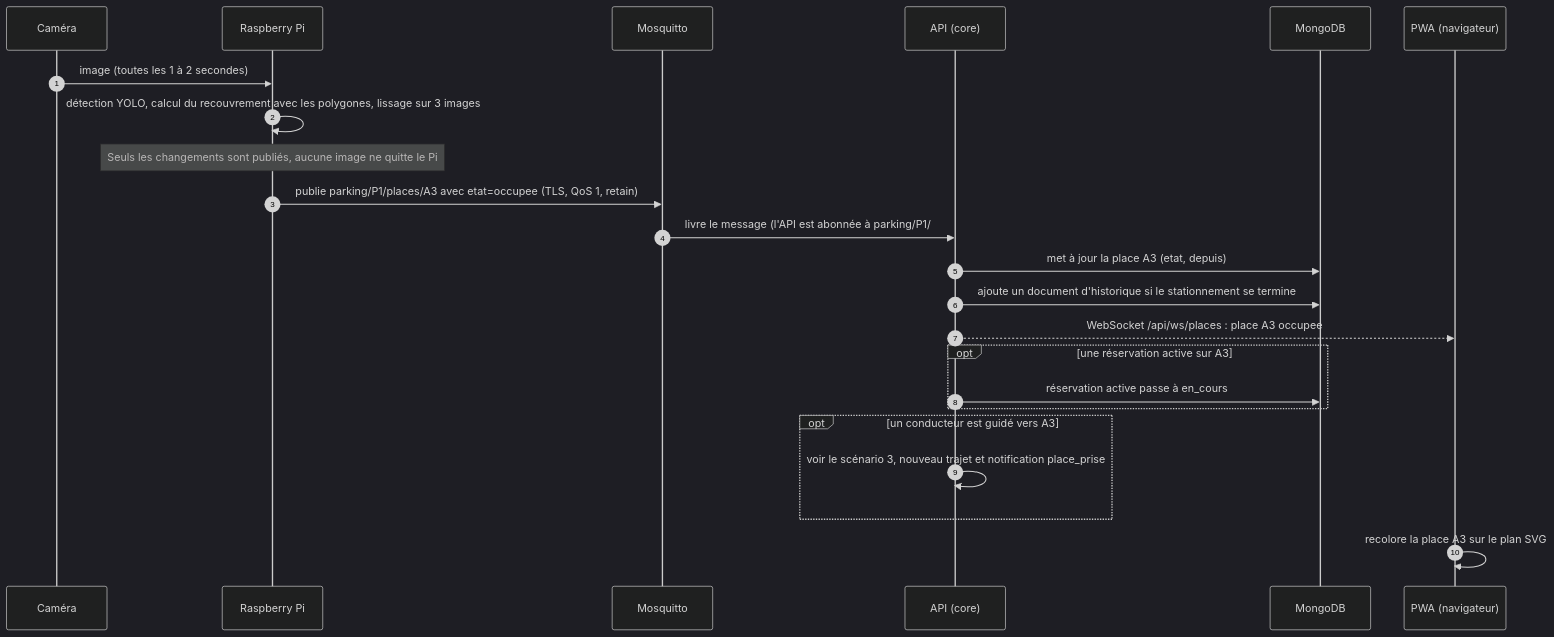
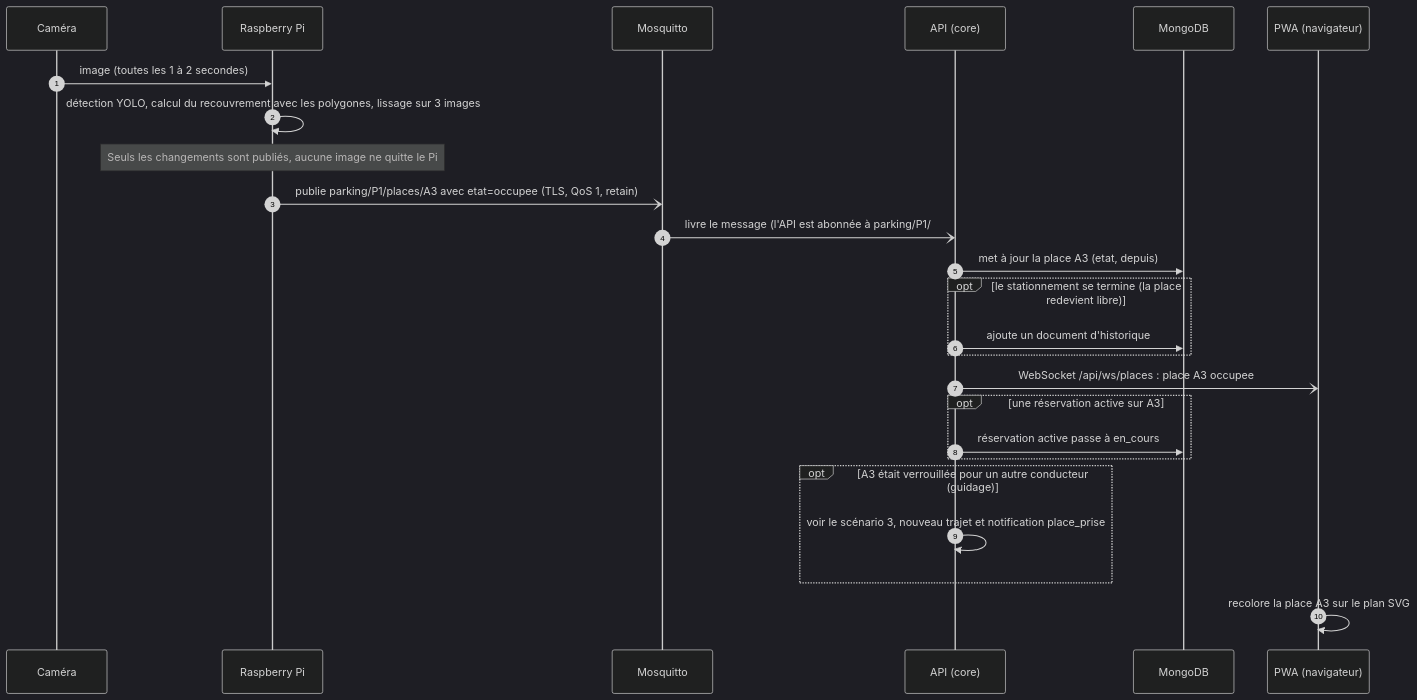
One commit to amaltrigui19/projet_smart_parking changed the second of 6 diagrams in docs/uml/03-sequences.md. Above: the diagram before and after it, drawn with Mermaid (dark theme). The commit also changed other lines of this file and 3 other files, not shown here.

Commit message:
uml corrigée

````diff
--- a/docs/uml/03-sequences.md
+++ b/docs/uml/03-sequences.md
@@ -53,29 +57,33 @@
 ```mermaid
 sequenceDiagram
     autonumber
     participant Cam as Caméra
     participant Pi as Raspberry Pi
     participant MQ as Mosquitto
     participant API as API (core)
     participant DB as MongoDB
     participant PWA as PWA (navigateur)
 
     Cam->>Pi: image (toutes les 1 à 2 secondes)
     Pi->>Pi: détection YOLO, calcul du recouvrement avec les polygones, lissage sur 3 images
     Note over Pi: Seuls les changements sont publiés, aucune image ne quitte le Pi
 
-    Pi->>MQ: publie parking/P1/places/A3 avec etat=occupee (TLS, QoS 1, retain)
-    MQ->>API: livre le message (l'API est abonnée à parking/P1/#)
+    Pi-)MQ: publie parking/P1/places/A3 avec etat=occupee (TLS, QoS 1, retain)
+    MQ-)API: livre le message (l'API est abonnée à parking/P1/#)
     API->>DB: met à jour la place A3 (etat, depuis)
-    API->>DB: ajoute un document d'historique si le stationnement se termine
-    API-->>PWA: WebSocket /api/ws/places : place A3 occupee
+
+    opt le stationnement se termine (la place redevient libre)
+        API->>DB: ajoute un document d'historique
+    end
+
+    API-)PWA: WebSocket /api/ws/places : place A3 occupee
 
     opt une réservation active sur A3
         API->>DB: réservation active passe à en_cours
     end
-    opt un conducteur est guidé vers A3
+    opt A3 était verrouillée pour un autre conducteur (guidage)
         API->>API: voir le scénario 3, nouveau trajet et notification place_prise
     end
 
     PWA->>PWA: recolore la place A3 sur le plan SVG
 ```
````
